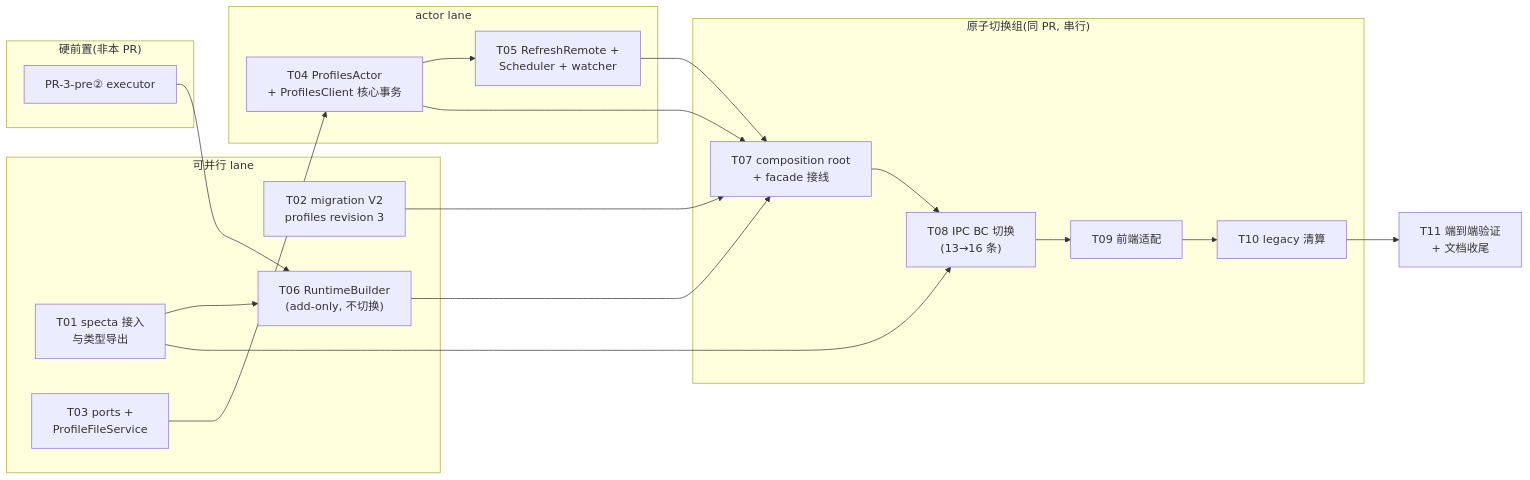
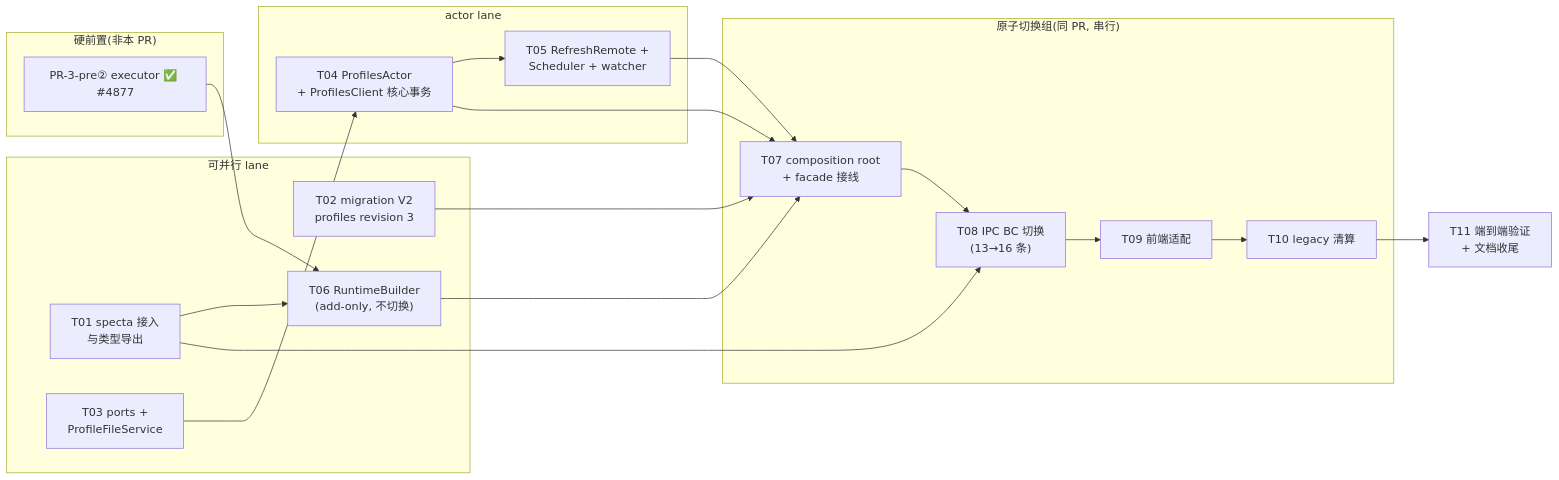
Before and after one commit to libnyanpasu/clash-nyanpasu: the diagram in docs/superpowers/specs/2026-07-04-pr3-profiles-domain-switch-tauri/task.md, drawn with Mermaid. The commit also changed other lines of this file and 2 other files, not shown here.

````diff
--- a/docs/superpowers/specs/2026-07-04-pr3-profiles-domain-switch-tauri/task.md
+++ b/docs/superpowers/specs/2026-07-04-pr3-profiles-domain-switch-tauri/task.md
@@ -24,32 +25,32 @@
 ```mermaid
 flowchart LR
   subgraph pre["硬前置(非本 PR)"]
-    P2["PR-3-pre② executor"]
+    P2["PR-3-pre② executor ✅ #4877"]
   end
   subgraph parallel["可并行 lane"]
     T01["T01 specta 接入<br/>与类型导出"]
     T02["T02 migration V2<br/>profiles revision 3"]
     T03["T03 ports +<br/>ProfileFileService"]
     T06["T06 RuntimeBuilder<br/>(add-only, 不切换)"]
   end
   subgraph actor["actor lane"]
     T04["T04 ProfilesActor<br/>+ ProfilesClient 核心事务"]
     T05["T05 RefreshRemote +<br/>Scheduler + watcher"]
   end
   subgraph flagday["原子切换组(同 PR, 串行)"]
     T07["T07 composition root<br/>+ facade 接线"]
     T08["T08 IPC BC 切换<br/>(13→16 条)"]
     T09["T09 前端适配"]
     T10["T10 legacy 清算"]
   end
   T11["T11 端到端验证<br/>+ 文档收尾"]
   P2 --> T06
   T01 --> T06
   T03 --> T04 --> T05
   T02 --> T07
   T04 --> T07
   T05 --> T07
   T06 --> T07
   T01 --> T08
   T07 --> T08 --> T09 --> T10 --> T11
 ```
````
